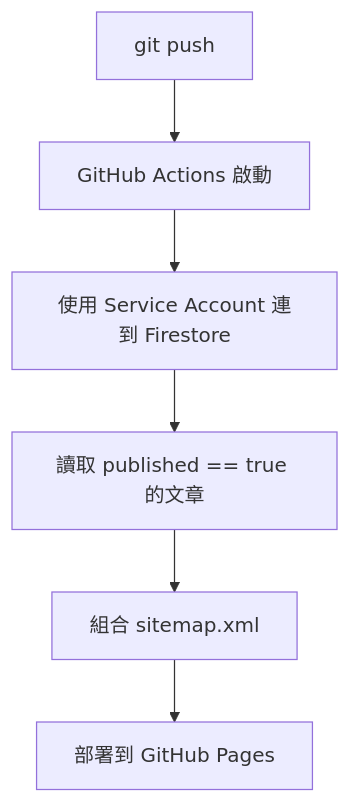
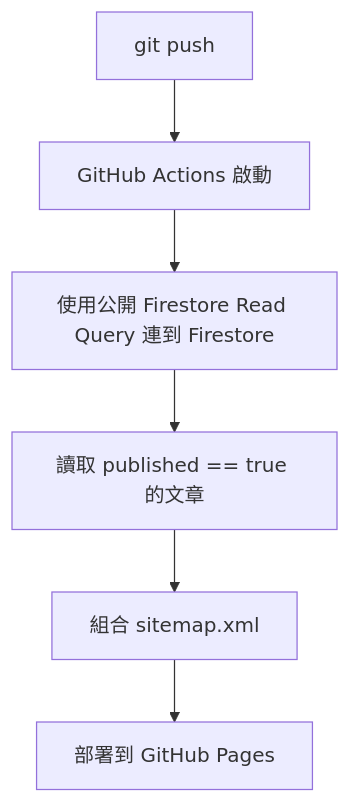
Before and after one commit to hung19091/hiro-blog-35p: the diagram in doc/github-actions-sitemap.md, drawn with Mermaid. The commit also changed other lines of this file and 3 other files, not shown here.

````diff
--- a/doc/github-actions-sitemap.md
+++ b/doc/github-actions-sitemap.md
@@ -7,8 +7,8 @@
 ```mermaid
 flowchart TD
     A[git push] --> B[GitHub Actions 啟動]
-    B --> C[使用 Service Account 連到 Firestore]
+    B --> C[使用公開 Firestore Read Query 連到 Firestore]
     C --> D[讀取 published == true 的文章]
     D --> E[組合 sitemap.xml]
     E --> F[部署到 GitHub Pages]
 ```
````
